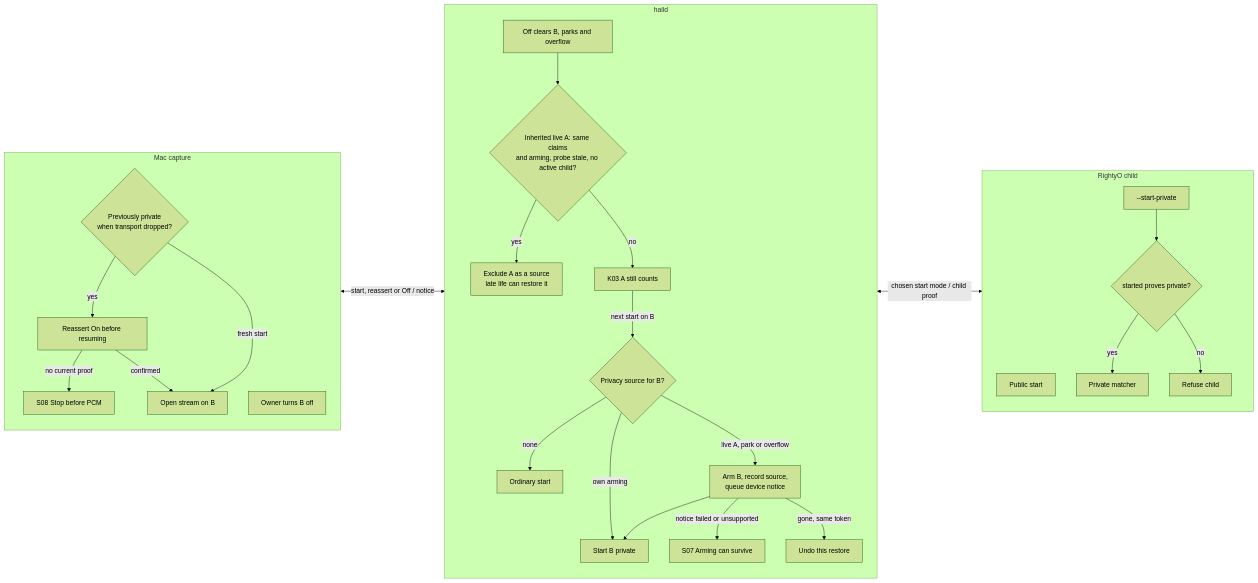
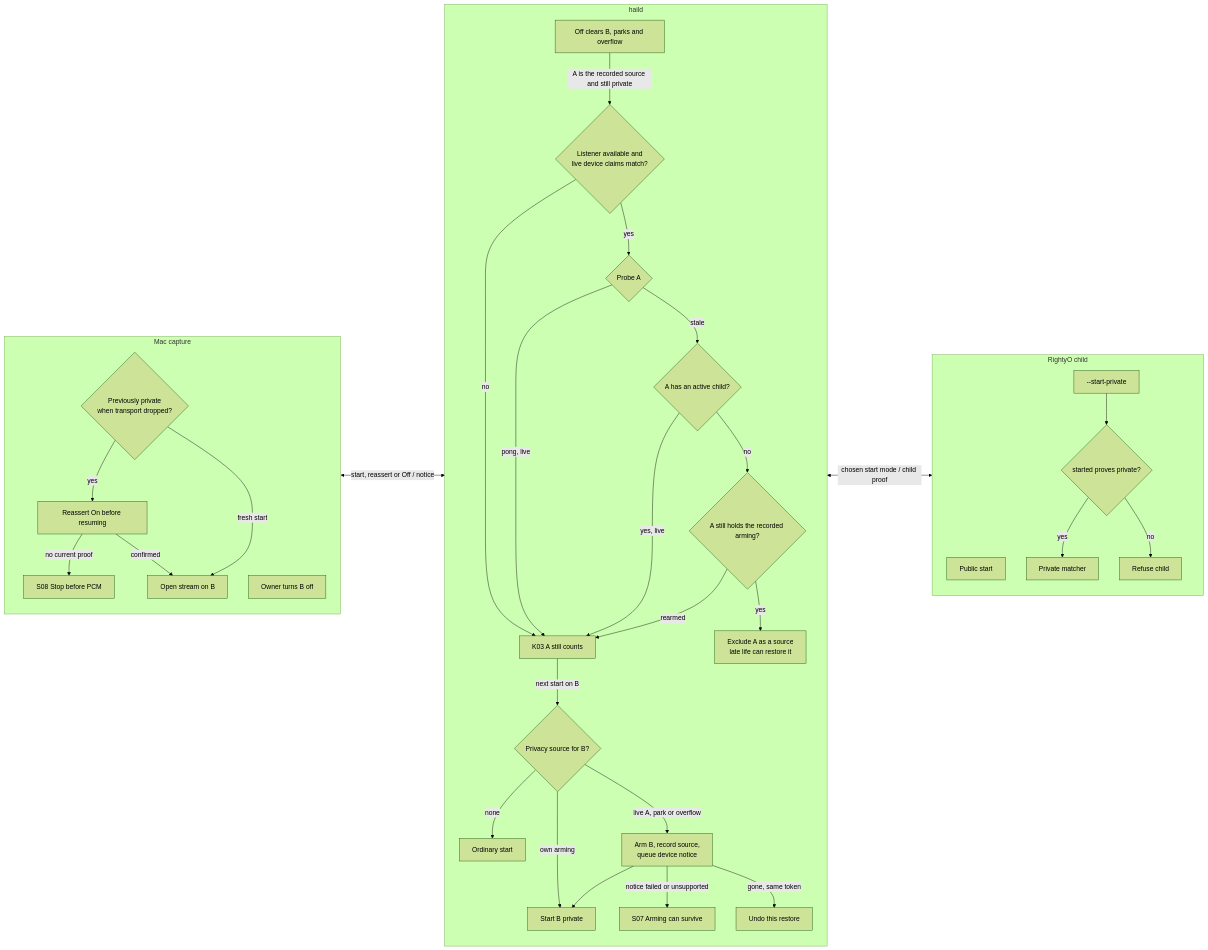
One commit to mickdarling/hailing-station changed the fourth of 8 diagrams in docs/rightyo-swimlanes.md. Above: the diagram before and after it, drawn with Mermaid (forest theme). The commit also changed other lines of this file, not shown here.

````diff
--- a/docs/rightyo-swimlanes.md
+++ b/docs/rightyo-swimlanes.md
@@ -204,36 +206,42 @@
 ```mermaid
 flowchart LR
     subgraph mac["Mac capture"]
         direction TB
         resume{"Previously private<br/>when transport dropped?"}
         resume -->|yes| reassert["Reassert On before resuming"]
         reassert -->|no current proof| veto["S08 Stop before PCM"]
         resume -->|fresh start| start["Open stream on B"]
         reassert -->|confirmed| start
         off["Owner turns B off"]
     end
     subgraph host["haild"]
         direction TB
         source{"Privacy source for B?"}
         source -->|none| clean["Ordinary start"]
         source -->|own arming| guarded["Start B private"]
         source -->|live A, park or overflow| inherit["Arm B, record source,<br/>queue device notice"]
         inherit --> guarded
         inherit -->|notice failed or unsupported| still["S07 Arming can survive"]
         inherit -->|gone, same token| undo["Undo this restore"]
         offB["Off clears B, parks and overflow"]
-        offB --> judge{"Inherited live A: same claims<br/>and arming, probe stale, no active child?"}
-        judge -->|yes| retire["Exclude A as a source<br/>late life can restore it"]
-        judge -->|no| keep["K03 A still counts"]
+        offB -->|A is the recorded source and still private| claims{"Listener available and<br/>live device claims match?"}
+        claims -->|no| keep["K03 A still counts"]
+        claims -->|yes| ping{"Probe A"}
+        ping -->|pong, live| keep
+        ping -->|stale| active{"A has an active child?"}
+        active -->|yes, live| keep
+        active -->|no| token{"A still holds the recorded arming?"}
+        token -->|rearmed| keep
+        token -->|yes| retire["Exclude A as a source<br/>late life can restore it"]
         keep -->|next start on B| source
     end
     subgraph child["RightyO child"]
         direction TB
         ordinary["Public start"]
         pre["--start-private"] --> proved{"started proves private?"}
         proved -->|yes| listen["Private matcher"]
         proved -->|no| refuse["Refuse child"]
     end
     mac <-->|start, reassert or Off / notice| host
     host <-->|chosen start mode / child proof| child
 ```
````
